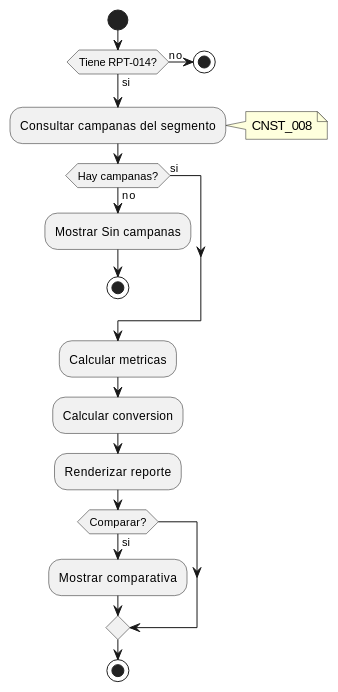
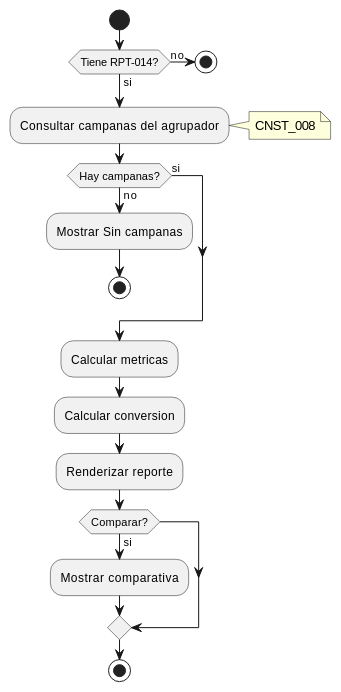
One commit to jcg-admin/IACT-docs changed the third of 3 diagrams in source/requisitos/casos-uso/reports/uc-rpt-14-ver-reporte-campanas.rst. Above: the diagram before and after it, drawn with PlantUML. The commit also changed other lines of this file and 14 other files, not shown here.

```diff
--- a/source/requisitos/casos-uso/reports/uc-rpt-14-ver-reporte-campanas.rst
+++ b/source/requisitos/casos-uso/reports/uc-rpt-14-ver-reporte-campanas.rst
@@ -202,24 +202,24 @@
 .. uml::
  :caption: Diagrama de Actividad - UC_RPT_14
 
  @startuml
  start
  if (Tiene RPT-014?) then (no)
  stop
  else (si)
  endif
- :Consultar campanas del segmento;
+ :Consultar campanas del agrupador;
  note right: CNST_008
  if (Hay campanas?) then (no)
  :Mostrar Sin campanas;
  stop
  else (si)
  endif
  :Calcular metricas;
  :Calcular conversion;
  :Renderizar reporte;
  if (Comparar?) then (si)
  :Mostrar comparativa;
  endif
  stop
  @enduml
```
